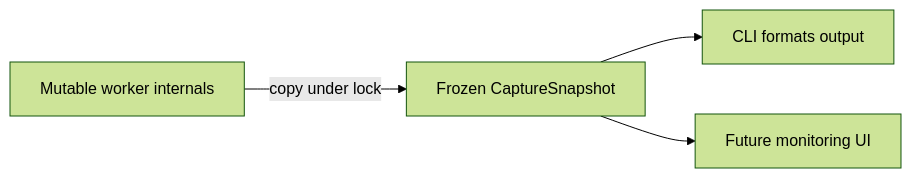
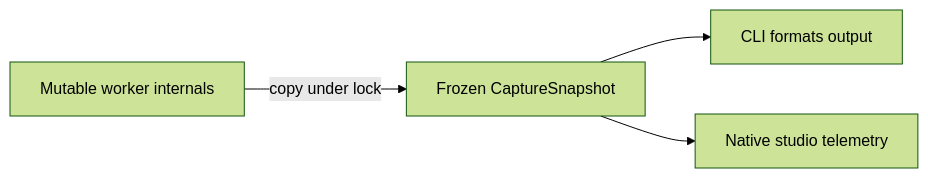
Before and after one commit to Zanark/KardboardCode-VTuber: the second of 2 diagrams in docs/02-architecture/data-model.md, drawn with Mermaid (forest theme). The commit also changed other lines of this file and 36 other files, not shown here.

````diff
--- a/docs/02-architecture/data-model.md
+++ b/docs/02-architecture/data-model.md
@@ -117,6 +117,6 @@
 ```mermaid
 flowchart LR
     Runtime["Mutable worker internals"] -->|"copy under lock"| Snapshot["Frozen CaptureSnapshot"]
     Snapshot --> CLI["CLI formats output"]
-    Snapshot --> FutureUI["Future monitoring UI"]
+    Snapshot --> UI["Native studio telemetry"]
 ```
````
